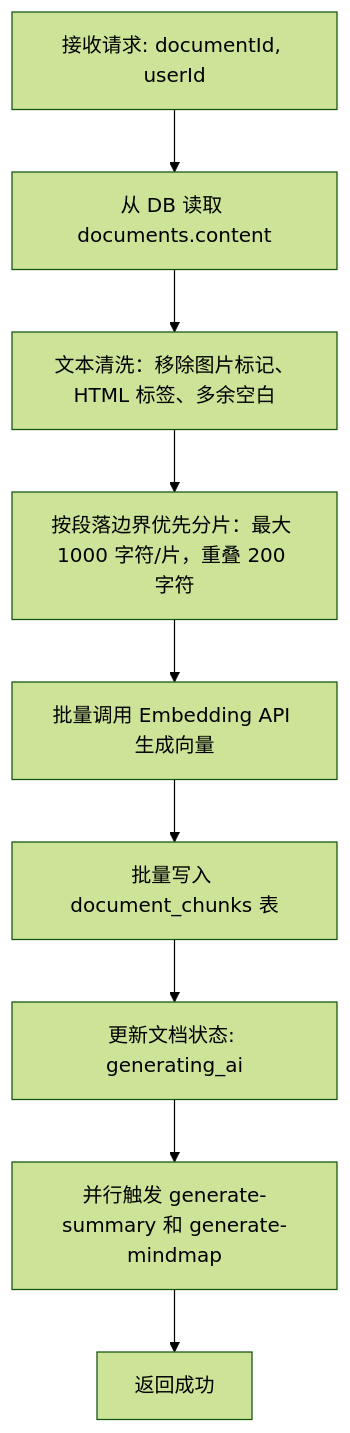
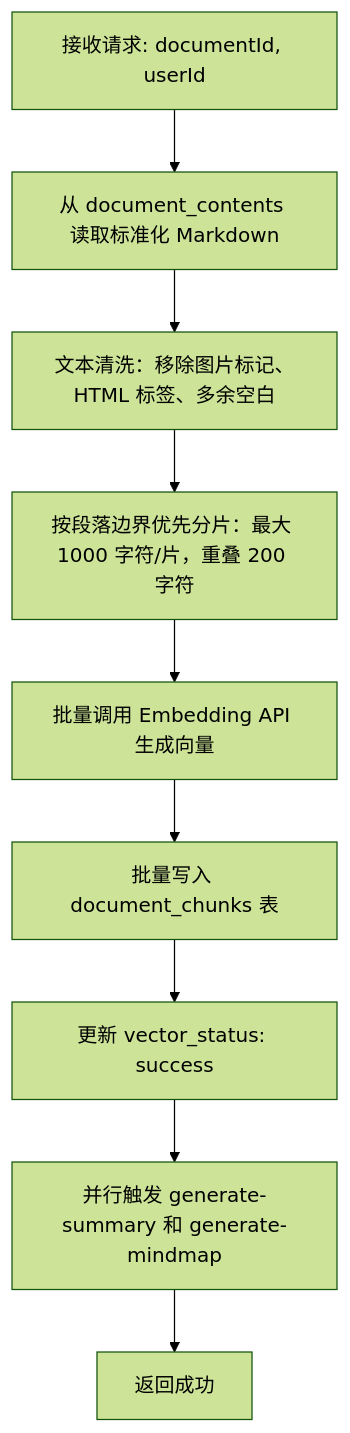
The fifth of 9 diagrams in .kiro/specs/noter-document-management/design.md (Jett191/noter), drawn with Mermaid (forest theme) before and after one commit. The commit also changed other lines of this file, not shown here.

````diff
--- a/.kiro/specs/noter-document-management/design.md
+++ b/.kiro/specs/noter-document-management/design.md
@@ -712,11 +718,11 @@
 ```mermaid
 flowchart TD
-    A[接收请求: documentId, userId] --> B[从 DB 读取 documents.content]
+    A[接收请求: documentId, userId] --> B[从 document_contents 读取标准化 Markdown]
     B --> C[文本清洗：移除图片标记、HTML 标签、多余空白]
     C --> D[按段落边界优先分片：最大 1000 字符/片，重叠 200 字符]
     D --> E[批量调用 Embedding API 生成向量]
     E --> F[批量写入 document_chunks 表]
-    F --> G[更新文档状态: generating_ai]
+    F --> G[更新 vector_status: success]
     G --> H[并行触发 generate-summary 和 generate-mindmap]
     H --> I[返回成功]
 ```
````
